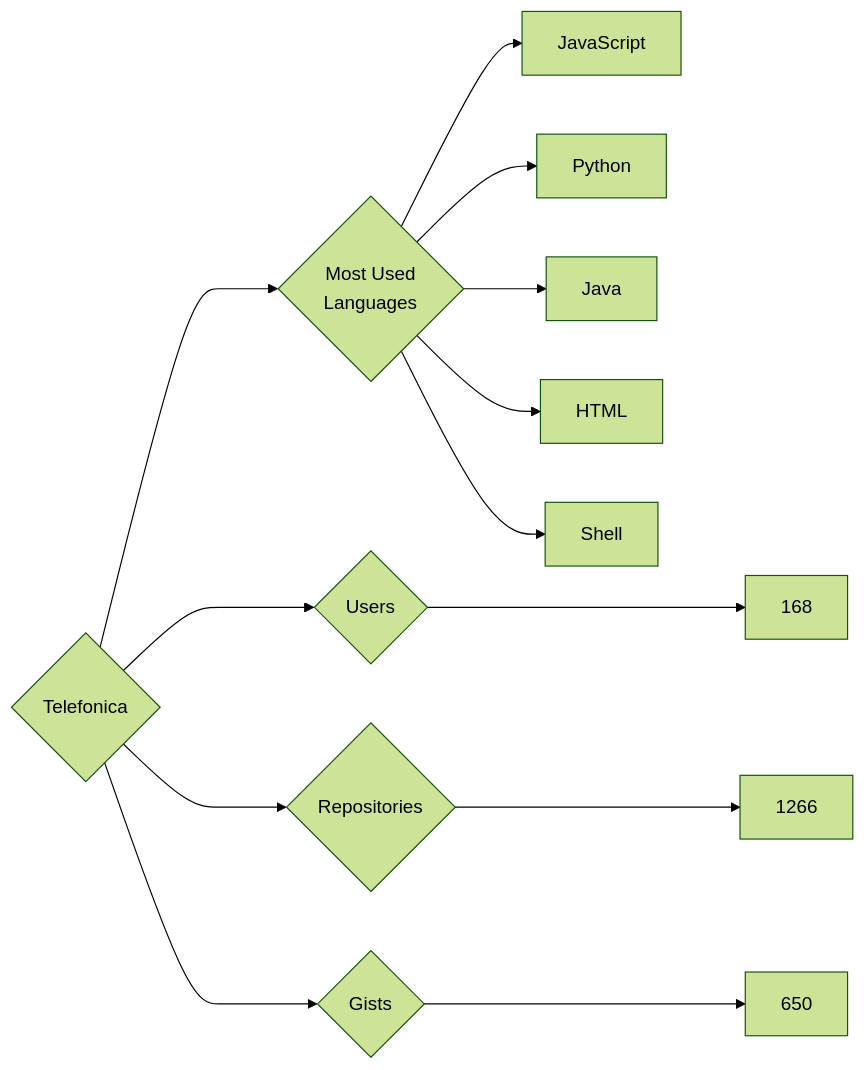
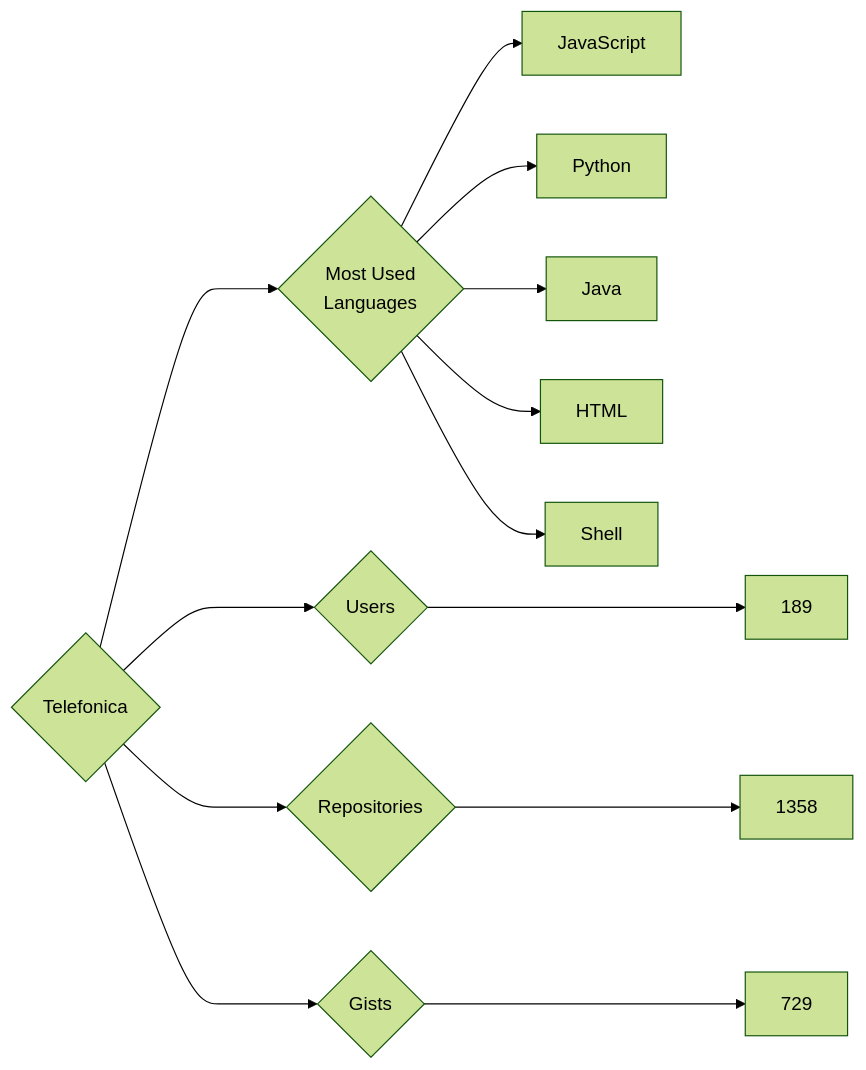
Before and after one commit to trickest/insiders: the diagram in targets/Telefonica/README.md, drawn with Mermaid (forest theme). The commit also changed 878 other files, not shown here.

````diff
--- a/targets/Telefonica/README.md
+++ b/targets/Telefonica/README.md
@@ -3,13 +3,13 @@
 ```mermaid
 graph LR
 COMPANY_NAME{Telefonica}
-COMPANY_NAME ---> U{Users} ---> UN[168]
-COMPANY_NAME ---> R{Repositories} ---> RN[1266]
-COMPANY_NAME ---> G{Gists} ---> GN[650]
+COMPANY_NAME ---> U{Users} ---> UN[189]
+COMPANY_NAME ---> R{Repositories} ---> RN[1358]
+COMPANY_NAME ---> G{Gists} ---> GN[729]
 COMPANY_NAME ---> ML{Most Used<br>Languages}
 ML --> JavaScript[JavaScript]
 ML --> Python[Python]
 ML --> Java[Java]
 ML --> HTML[HTML]
 ML --> Shell[Shell]
 ```
````
